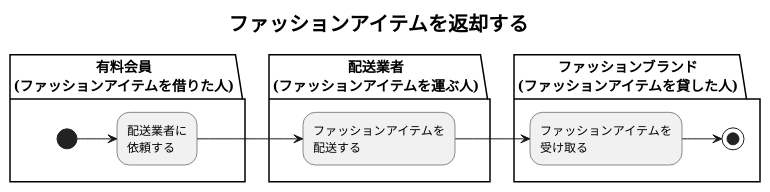
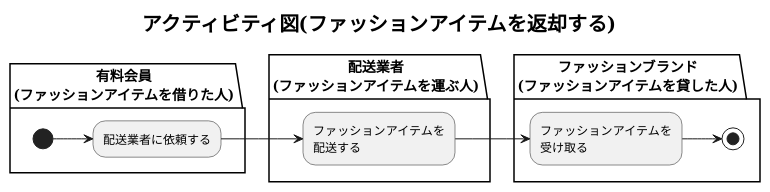
The diagram in sample/activity5.pu (nogami-kenji/plantuml), drawn with PlantUML before and after one commit. The commit also changed 2 other files, not shown here.

```diff
--- a/sample/activity5.pu
+++ b/sample/activity5.pu
@@ -1,18 +1,19 @@
 @startuml
 left to right direction
-title <b><size:20>ファッションアイテムを返却する
+
+title <b><size:20>アクティビティ図(ファッションアイテムを返却する)
 
 partition 有料会員\n(ファッションアイテムを借りた人) Yellow {
- (*) --> "配送業者に\n依頼する"
+ (*) --> "配送業者に依頼する"
 }
 
 partition 配送業者\n(ファッションアイテムを運ぶ人) YellowGreen {
- "配送業者に\n依頼する" -->  "ファッションアイテムを\n配送する"
+ "配送業者に依頼する" -->  "ファッションアイテムを\n配送する"
 }
 
 partition ファッションブランド\n(ファッションアイテムを貸した人) PowderBlue {
   "ファッションアイテムを\n配送する" --> "ファッションアイテムを\n受け取る"
   "ファッションアイテムを\n受け取る" --> (*)
 }
 
 @enduml
```
